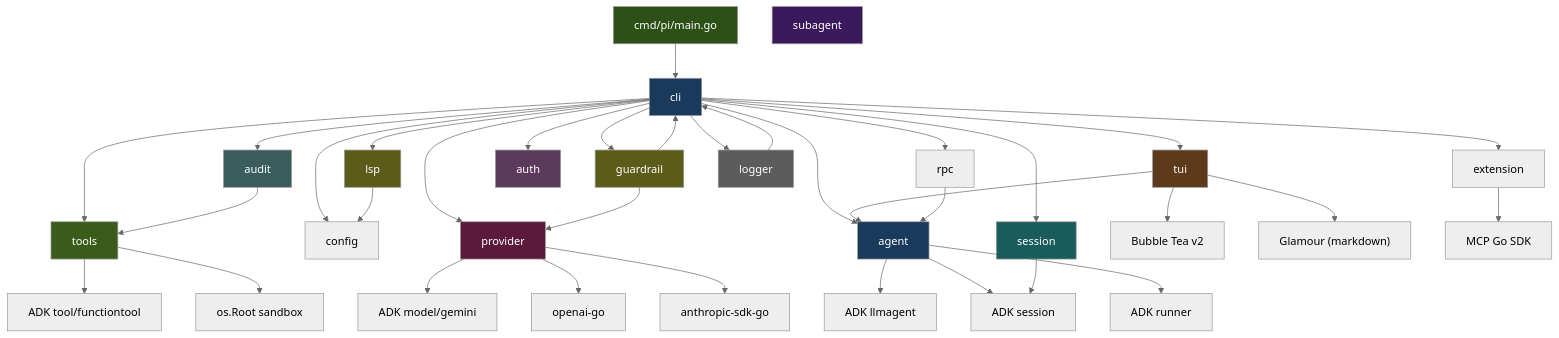
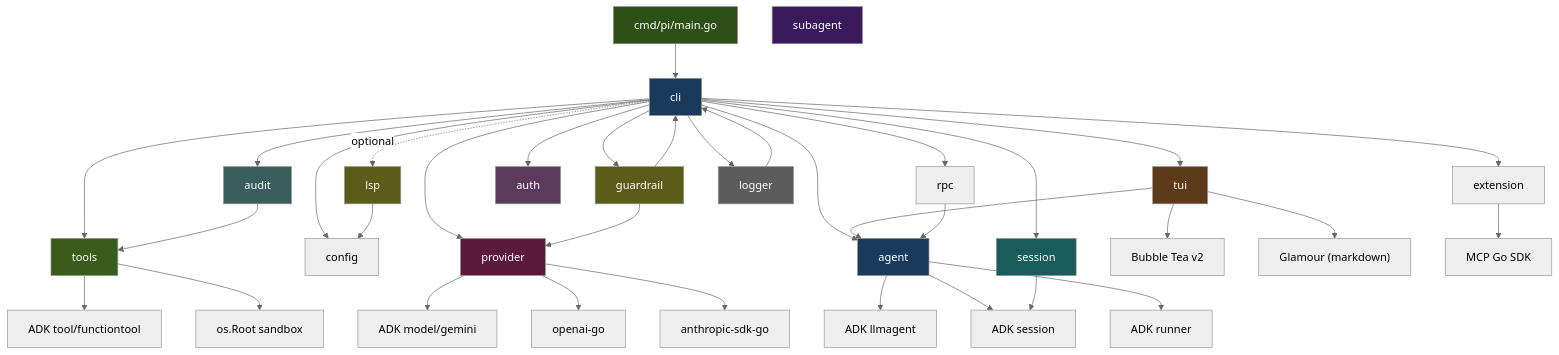
One commit to Pizzaface/pi-go changed the first of 14 diagrams in ARCHITECTURE.md. Above: the diagram before and after it, drawn with Mermaid (neutral theme). The commit also changed other lines of this file and 8 other files, not shown here.

````diff
--- a/ARCHITECTURE.md
+++ b/ARCHITECTURE.md
@@ -32,62 +32,62 @@
 ```mermaid
 graph TD
     main["cmd/pi/main.go"] --> cli["cli"]
     cli --> agent["agent"]
     cli --> config["config"]
     cli --> provider["provider"]
     cli --> tools["tools"]
     cli --> extension["extension"]
     cli --> session["session"]
     cli --> tui["tui"]
     cli --> rpc["rpc"]
-    cli --> lsp["lsp"]
+    cli -. optional .-> lsp["lsp"]
     cli --> guardrail["guardrail"]
     cli --> auth["auth"]
     cli --> audit["audit"]
     cli --> logger["logger"]
 
     agent --> adk_runner["ADK runner"]
     agent --> adk_llmagent["ADK llmagent"]
     agent --> adk_session["ADK session"]
 
     provider --> anthropic_sdk["anthropic-sdk-go"]
     provider --> openai_sdk["openai-go"]
     provider --> adk_gemini["ADK model/gemini"]
 
     tools --> sandbox["os.Root sandbox"]
     tools --> adk_tool["ADK tool/functiontool"]
 
 
     lsp --> config
 
     tui --> bubbletea["Bubble Tea v2"]
     tui --> glamour["Glamour (markdown)"]
     tui --> agent
 
     rpc --> agent
 
     extension --> mcp_sdk["MCP Go SDK"]
 
     session --> adk_session
 
     guardrail --> cli
     guardrail --> provider
 
     audit --> tools
 
     logger --> cli
 
     style main fill:#2d5016,color:#fff
     style cli fill:#1a3a5c,color:#fff
     style agent fill:#1a3a5c,color:#fff
     style provider fill:#5c1a3a,color:#fff
     style tools fill:#3a5c1a,color:#fff
     style tui fill:#5c3a1a,color:#fff
     style session fill:#1a5c5c,color:#fff
     style subagent fill:#3a1a5c,color:#fff
     style lsp fill:#5c5c1a,color:#fff
     style guardrail fill:#5c5c1a,color:#fff
     style auth fill:#5c3a5c,color:#fff
     style audit fill:#3a5c5c,color:#fff
     style logger fill:#5c5c5c,color:#fff
 ```
````
